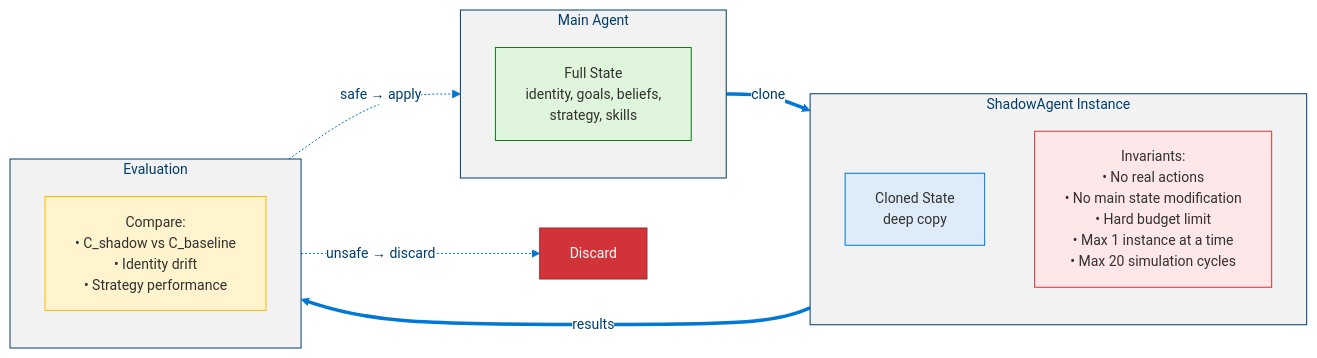
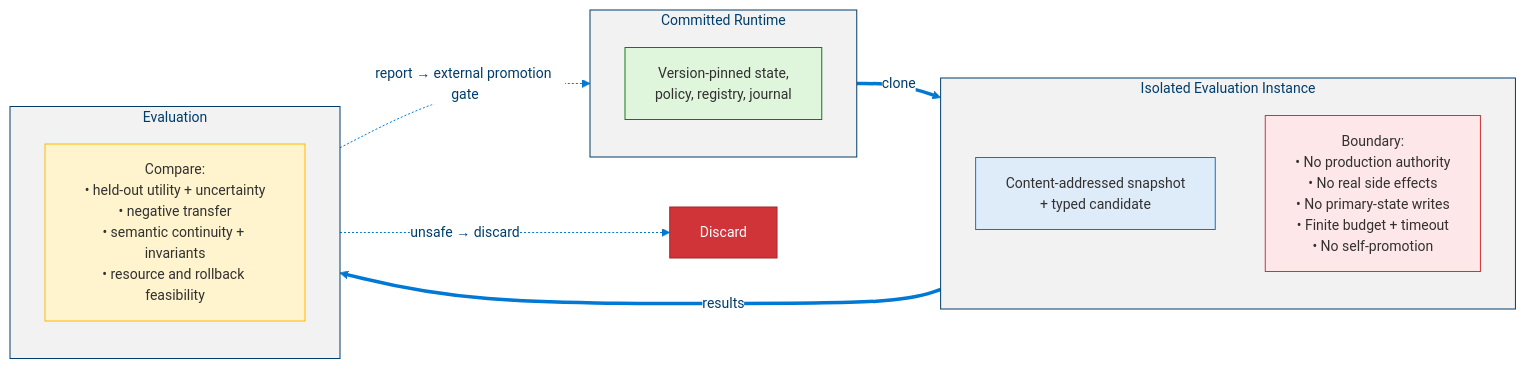
Diagram 11 of 14 in docs/levels/Level_4_Adaptive_General_Agent.md (dotnetpower/mscp), drawn with Mermaid before and after one commit. The commit also changed other lines of this file and 21 other files, not shown here.

````diff
--- a/docs/levels/Level_4_Adaptive_General_Agent.md
+++ b/docs/levels/Level_4_Adaptive_General_Agent.md
@@ -640,29 +660,29 @@
 ```mermaid
 %%{init: {'theme': 'base', 'themeVariables': {'primaryColor': '#0078D4', 'primaryTextColor': '#003D6B', 'primaryBorderColor': '#003D6B', 'secondaryColor': '#50E6FF', 'secondaryTextColor': '#323130', 'secondaryBorderColor': '#00BCF2', 'tertiaryColor': '#F2F2F2', 'tertiaryTextColor': '#323130', 'lineColor': '#0078D4', 'textColor': '#323130', 'mainBkg': '#DEECF9', 'nodeBorder': '#0078D4', 'clusterBkg': '#F2F2F2', 'clusterBorder': '#003D6B', 'titleColor': '#003D6B', 'edgeLabelBackground': '#FFFFFF', 'fontSize': '14px'}}}%%
 flowchart LR
   classDef main fill:#DFF6DD,stroke:#107C10,color:#323130
   classDef shadow fill:#DEECF9,stroke:#0078D4,color:#323130
   classDef rules fill:#FDE7E9,stroke:#D13438,color:#323130
   classDef eval fill:#FFF4CE,stroke:#FFB900,color:#323130
   classDef discard fill:#D13438,stroke:#A4262C,color:#FFF
 
-  subgraph MainAgent["Main Agent"]
-    MA_STATE["Full State<br/>identity, goals, beliefs,<br/>strategy, skills"]:::main
+  subgraph MainAgent["Committed Runtime"]
+    MA_STATE["Version-pinned state,<br/>policy, registry, journal"]:::main
   end
 
-  subgraph ShadowInst["ShadowAgent Instance"]
-    SA_STATE["Cloned State<br/>deep copy"]:::shadow
-    SA_RULES["Invariants:<br/>• No real actions<br/>• No main state modification<br/>• Hard budget limit<br/>• Max 1 instance at a time<br/>• Max 20 simulation cycles"]:::rules
+  subgraph ShadowInst["Isolated Evaluation Instance"]
+    SA_STATE["Content-addressed snapshot<br/>+ typed candidate"]:::shadow
+    SA_RULES["Boundary:<br/>• No production authority<br/>• No real side effects<br/>• No primary-state writes<br/>• Finite budget + timeout<br/>• No self-promotion"]:::rules
   end
 
   subgraph Result["Evaluation"]
-    RES["Compare:<br/>• C_shadow vs C_baseline<br/>• Identity drift<br/>• Strategy performance"]:::eval
+    RES["Compare:<br/>• held-out utility + uncertainty<br/>• negative transfer<br/>• semantic continuity + invariants<br/>• resource and rollback feasibility"]:::eval
   end
 
   DISCARD["Discard"]:::discard
 
   MainAgent ==>|clone| ShadowInst
   ShadowInst ==>|results| Result
-  Result -.->|"safe → apply"| MainAgent
+  Result -.->|"report → external promotion gate"| MainAgent
   Result -.->|"unsafe → discard"| DISCARD
 ```
````
